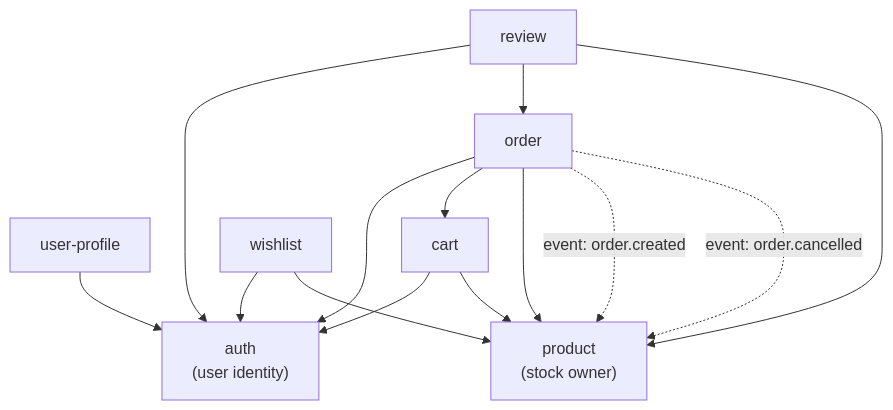
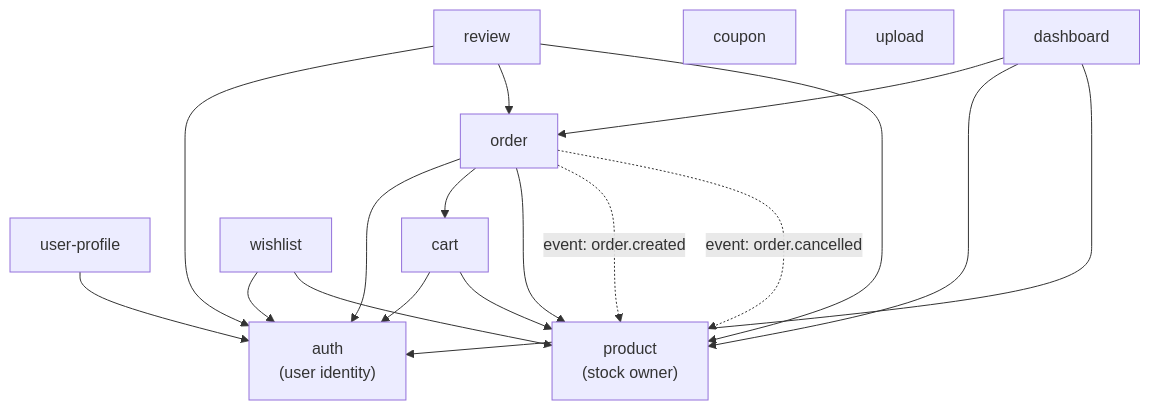
The third of 3 diagrams in backend-nestjs/docs/BE-ARCHITECTURE.md (Hy-Khang/E-commerce-shop-Amazon-), drawn with Mermaid before and after one commit. The commit also changed other lines of this file and 35 other files, not shown here.

Commit message:
feat: implement admin dashboard with analytics, inventory monitoring, and modular feature architecture

````diff
--- a/backend-nestjs/docs/BE-ARCHITECTURE.md
+++ b/backend-nestjs/docs/BE-ARCHITECTURE.md
@@ -198,20 +207,25 @@
 ```mermaid
 graph TD
     Auth["auth<br/>(user identity)"]
     UP["user-profile"] --> Auth
     Cart["cart"] --> Auth
     Cart --> Product["product<br/>(stock owner)"]
     Order["order"] --> Auth
     Order --> Cart
     Order --> Product
     Review["review"] --> Auth
     Review --> Order
     Review --> Product
 
     Wishlist["wishlist"] --> Auth
     Wishlist --> Product
+    Coupon["coupon"]
+    Upload["upload"]
+    Dashboard["dashboard"] --> Order
+    Dashboard --> Product
+    Dashboard --> Auth
 
     Order -.->|event: order.created| Product
     Order -.->|event: order.cancelled| Product
 
 ```
````
